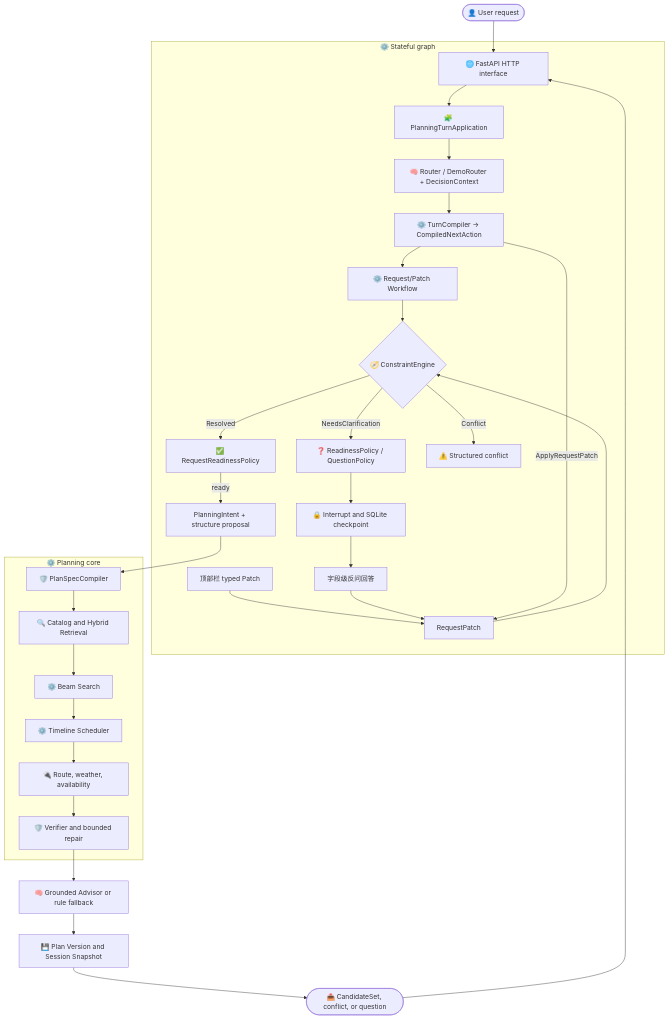
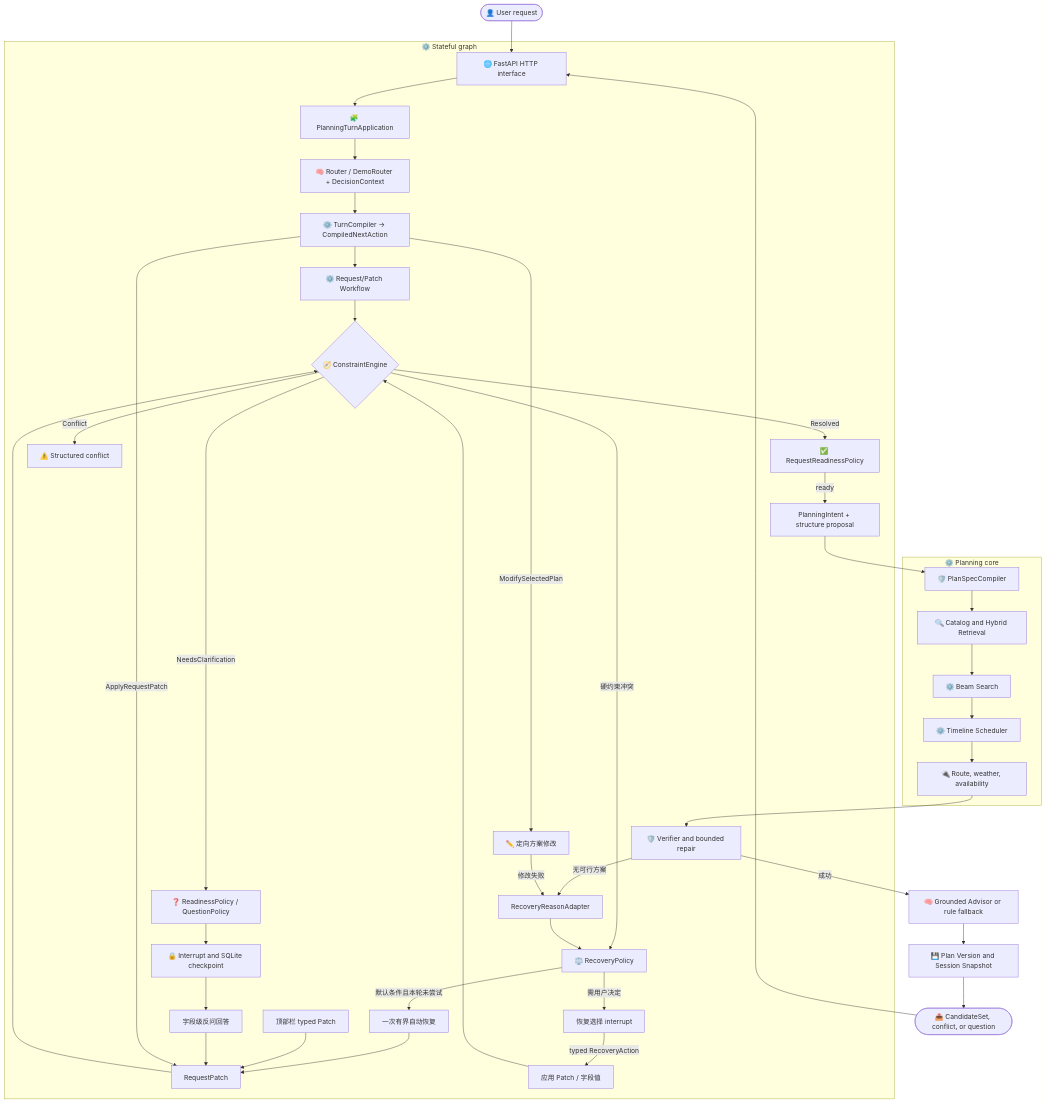
Before and after one commit to Weekend-Agent-Studio/happyFreeTime: the diagram in docs/current/resume_v2_architecture.md, drawn with Mermaid. The commit also changed other lines of this file and 40 other files, not shown here.

Commit message:
feat: complete typed human-in-the-loop recovery

````diff
--- a/docs/current/resume_v2_architecture.md
+++ b/docs/current/resume_v2_architecture.md
@@ -32,39 +32,49 @@
 ```mermaid
 flowchart TB
     accTitle: Resume V2 Runtime Architecture
     accDescr: The current implementation separates natural language interpretation, deterministic planning, external fact verification, grounded presentation, and durable session state.
 
     input([👤 User request]) --> api[🌐 FastAPI HTTP interface]
 
     subgraph graph_control["⚙️ Stateful graph"]
         api --> app[🧩 PlanningTurnApplication]
         app --> turn[🧠 Router / DemoRouter + DecisionContext]
         turn --> action[⚙️ TurnCompiler → CompiledNextAction]
         action --> compile[⚙️ Request/Patch Workflow]
+        action -->|ModifySelectedPlan| modify[✏️ 定向方案修改]
         compile --> engine{🧭 ConstraintEngine}
         engine -->|NeedsClarification| policy[❓ ReadinessPolicy / QuestionPolicy]
         policy --> pause[🔒 Interrupt and SQLite checkpoint]
         pause --> reply
         engine -->|Resolved| ready[✅ RequestReadinessPolicy]
         ready -->|ready| intent[🧠 PlanningIntent projection]
         engine -->|Conflict| conflict[⚠️ Structured conflict]
+        engine -->|硬约束冲突| recovery[⚖️ RecoveryPolicy]
+        verify -->|无可行方案| failure[RecoveryReasonAdapter]
+        modify -->|修改失败| failure
+        failure --> recovery
+        recovery -->|默认条件且本轮未尝试| auto[一次有界自动恢复]
+        auto --> patch
+        recovery -->|需用户决定| recovery_pause[恢复选择 interrupt]
+        recovery_pause -->|typed RecoveryAction| recovery_action[应用 Patch / 字段值]
+        recovery_action --> engine
         topbar[顶部栏 typed Patch] --> patch[RequestPatch]
         reply[字段级反问回答] --> patch
         action -->|ApplyRequestPatch| patch
         patch --> engine
     end
 
     subgraph planning_core["⚙️ Planning core"]
         intent[PlanningIntent + structure proposal] --> spec[🛡️ PlanSpecCompiler]
         spec --> retrieve[🔍 Catalog and Hybrid Retrieval]
         retrieve --> search[⚙️ Beam Search]
         search --> schedule[⚙️ Timeline Scheduler]
         schedule --> facts[🔌 Route, weather, availability]
         facts --> verify[🛡️ Verifier and bounded repair]
     end
 
-    verify --> advice[🧠 Grounded Advisor or rule fallback]
+    verify -->|成功| advice[🧠 Grounded Advisor or rule fallback]
     advice --> state[💾 Plan Version and Session Snapshot]
     state --> output([📤 CandidateSet, conflict, or question])
     output --> api
 ```
````
